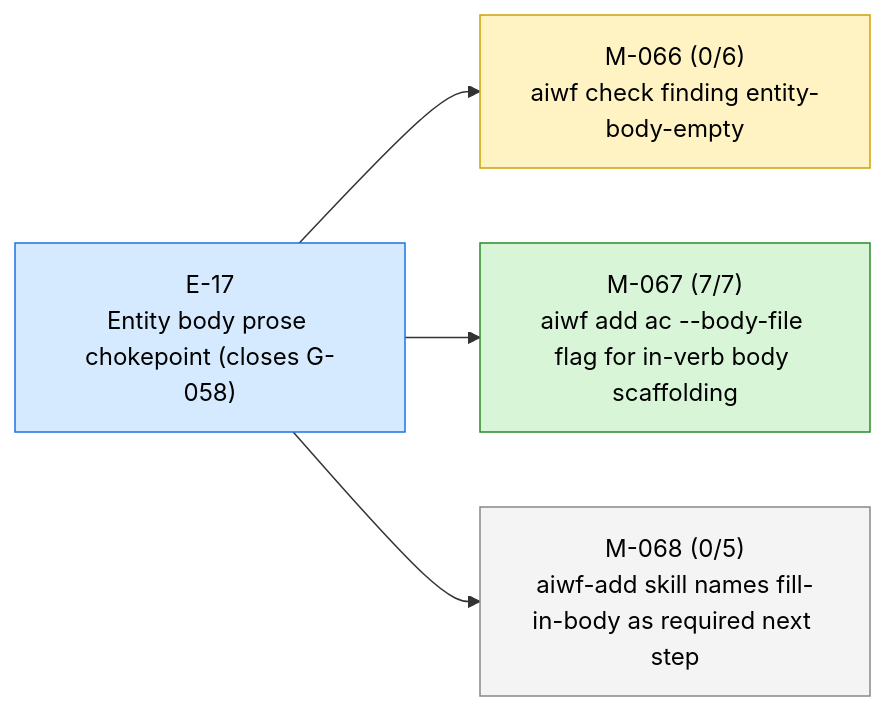
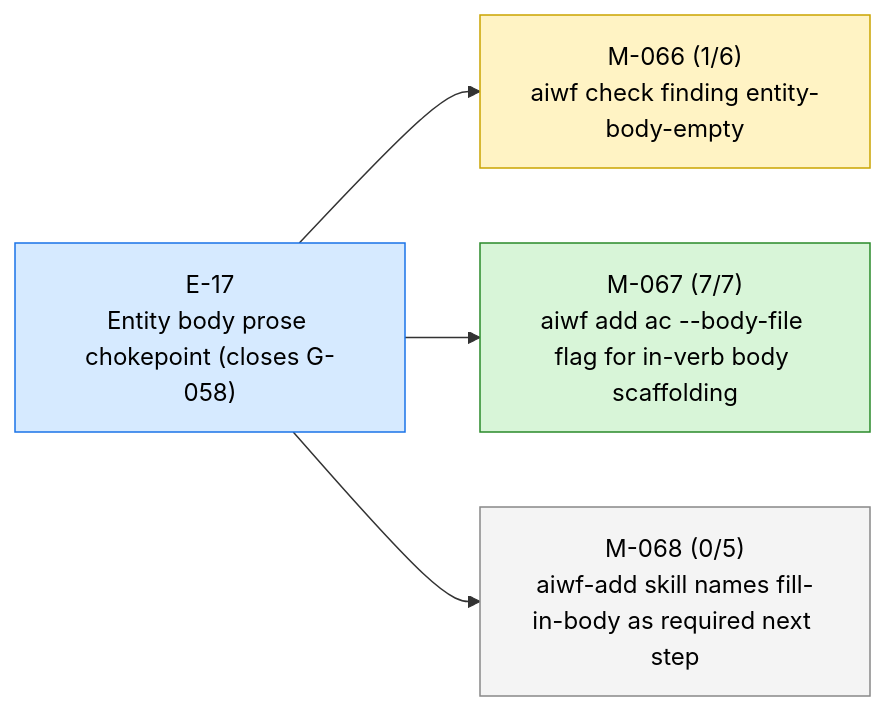
The first of 4 diagrams in STATUS.md (23min/aiwf), drawn with Mermaid before and after one commit. The commit also changed other lines of this file and 1 other file, not shown here.

First line of the commit message:
aiwf promote M-066/AC-1 open -> met

````diff
--- a/STATUS.md
+++ b/STATUS.md
@@ -13,16 +13,16 @@
 ```mermaid
 flowchart LR
   E_17["E-17<br/>Entity body prose chokepoint (closes G-058)"]:::epic_active
-  M_066["M-066 (0/6)<br/>aiwf check finding entity-body-empty"]:::ms_in_progress
+  M_066["M-066 (1/6)<br/>aiwf check finding entity-body-empty"]:::ms_in_progress
   E_17 --> M_066
   M_067["M-067 (7/7)<br/>aiwf add ac --body-file flag for in-verb body scaffolding"]:::ms_done
   E_17 --> M_067
   M_068["M-068 (0/5)<br/>aiwf-add skill names fill-in-body as required next step"]:::ms_draft
   E_17 --> M_068
   classDef epic_active fill:#d6eaff,stroke:#1a73e8,color:#000
   classDef epic_proposed fill:#f4f4f4,stroke:#888,color:#000
   classDef ms_done fill:#d8f5d8,stroke:#2a8a2a,color:#000
   classDef ms_in_progress fill:#fff3c4,stroke:#caa400,color:#000
   classDef ms_draft fill:#f4f4f4,stroke:#888,color:#000
   classDef ms_cancelled fill:#fbeaea,stroke:#c33,color:#000
 ```
````
